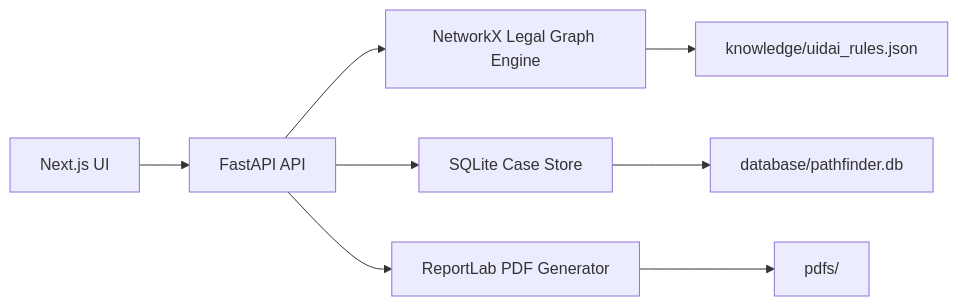
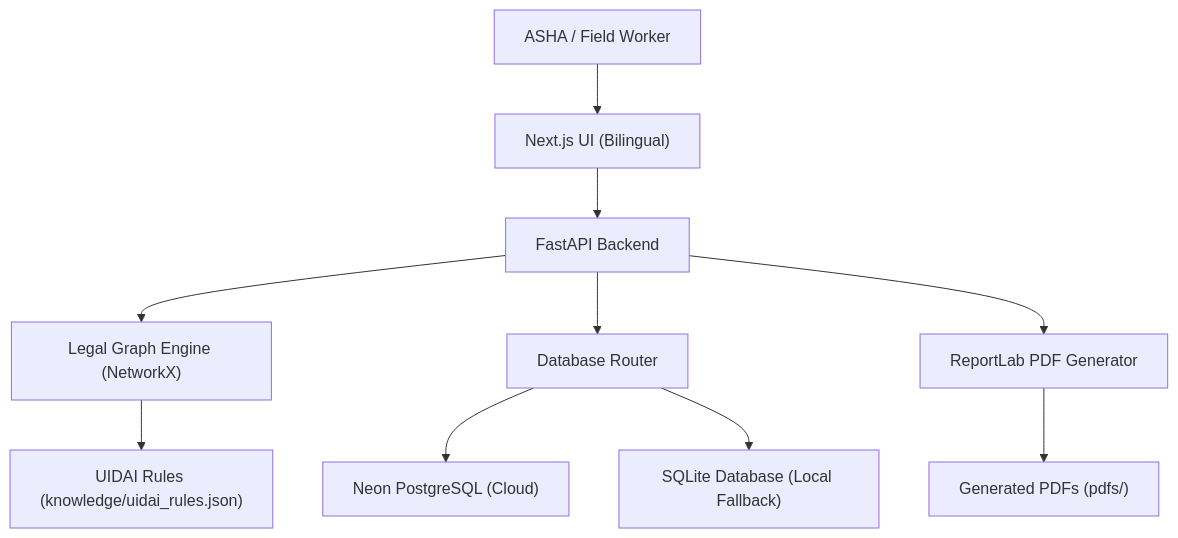
Before and after one commit to goyalk01/PathFinder: the diagram in README.md, drawn with Mermaid. The commit also changed other lines of this file, not shown here.

Commit message:
docs: update README.md with Neon Postgres details

````diff
--- a/README.md
+++ b/README.md
@@ -64,10 +40,12 @@
 ```mermaid
-flowchart LR
-  Frontend["Next.js UI"] --> API["FastAPI API"]
-  API --> Engine["NetworkX Legal Graph Engine"]
-  API --> Store["SQLite Case Store"]
+flowchart TD
+  Worker["ASHA / Field Worker"] --> Frontend["Next.js UI (Bilingual)"]
+  Frontend --> API["FastAPI Backend"]
+  API --> Engine["Legal Graph Engine (NetworkX)"]
+  API --> DBRouter["Database Router"]
+  DBRouter --> Neon["Neon PostgreSQL (Cloud)"]
+  DBRouter --> SQLite["SQLite Database (Local Fallback)"]
   API --> PDF["ReportLab PDF Generator"]
-  Engine --> Rules["knowledge/uidai_rules.json"]
-  PDF --> Files["pdfs/"]
-  Store --> DB["database/pathfinder.db"]
+  Engine --> Rules["UIDAI Rules (knowledge/uidai_rules.json)"]
+  PDF --> Files["Generated PDFs (pdfs/)"]
 ```
````
